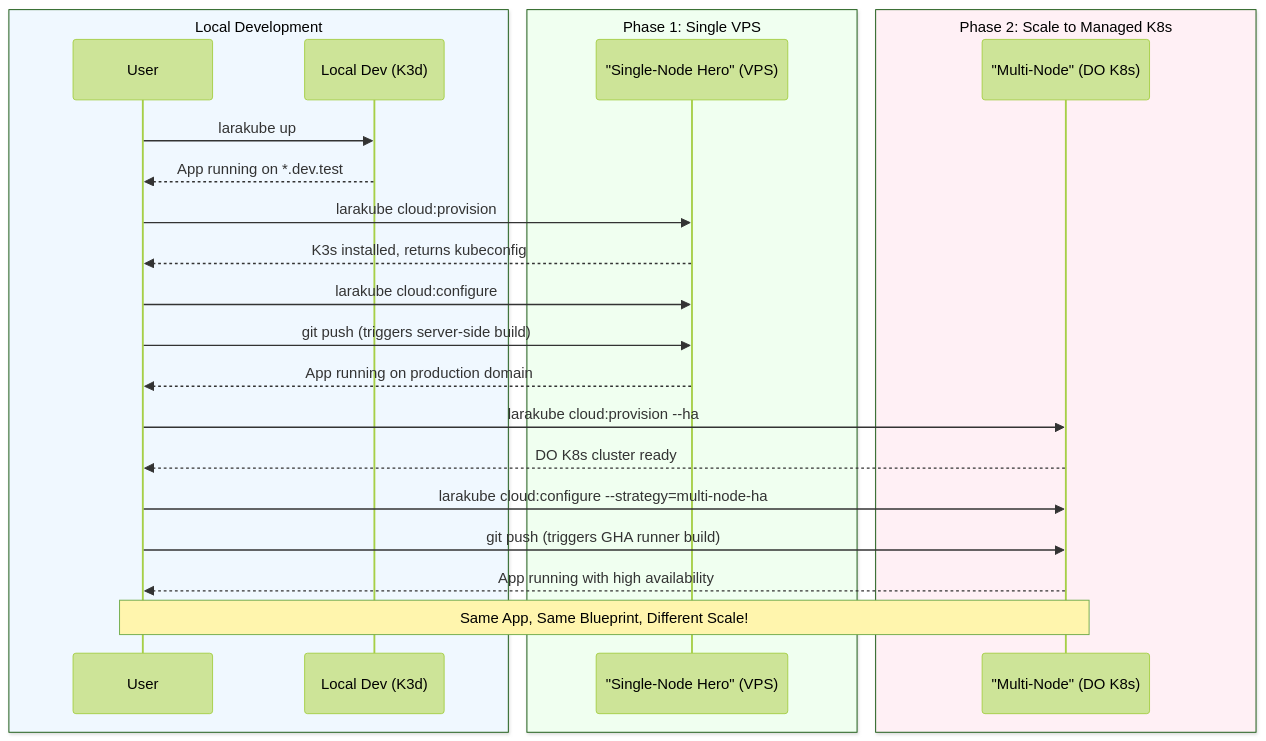
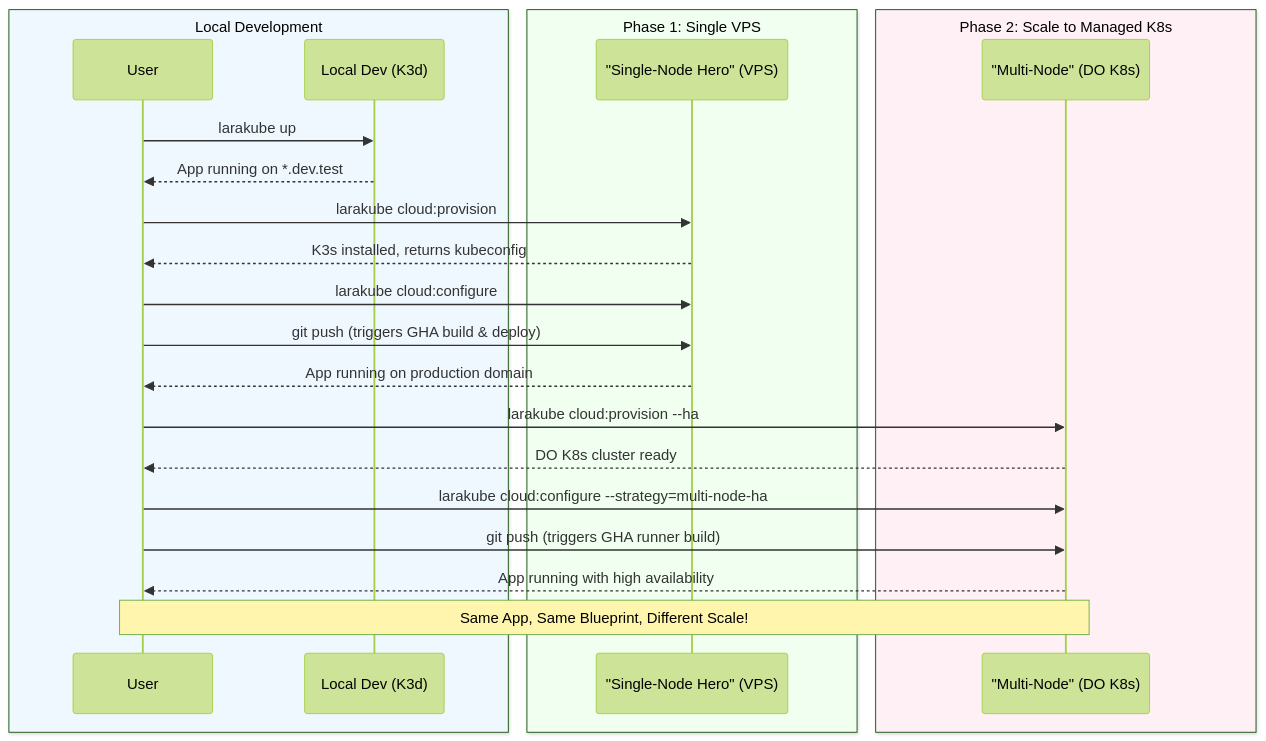
The diagram in docs/architecture/CLOUD_STRATEGY.md (luchavez-technologies/larakube-docs), drawn with Mermaid (forest theme) before and after one commit. The commit also changed other lines of this file and 4 other files, not shown here.

````diff
--- a/docs/architecture/CLOUD_STRATEGY.md
+++ b/docs/architecture/CLOUD_STRATEGY.md
@@ -14,34 +14,34 @@
 ```mermaid
 sequenceDiagram
     participant User
     participant Local as Local Dev (K3d)
     participant SingleVPS as "Single-Node Hero" (VPS)
     participant DOKS as "Multi-Node" (DO K8s)
 
     box rgb(240, 248, 255) Local Development
         participant User
         participant Local
     end
     User->>Local: larakube up
     Local-->>User: App running on *.dev.test
 
     box rgb(240, 255, 240) Phase 1: Single VPS
         participant SingleVPS
     end
     User->>SingleVPS: larakube cloud:provision
     SingleVPS-->>User: K3s installed, returns kubeconfig
     User->>SingleVPS: larakube cloud:configure
-    User->>SingleVPS: git push (triggers server-side build)
+    User->>SingleVPS: git push (triggers GHA build & deploy)
     SingleVPS-->>User: App running on production domain
 
     box rgb(255, 240, 245) Phase 2: Scale to Managed K8s
         participant DOKS
     end
     User->>DOKS: larakube cloud:provision --ha
     DOKS-->>User: DO K8s cluster ready
     User->>DOKS: larakube cloud:configure --strategy=multi-node-ha
     User->>DOKS: git push (triggers GHA runner build)
     DOKS-->>User: App running with high availability
 
     Note over User,DOKS: Same App, Same Blueprint, Different Scale!
 ```
````
